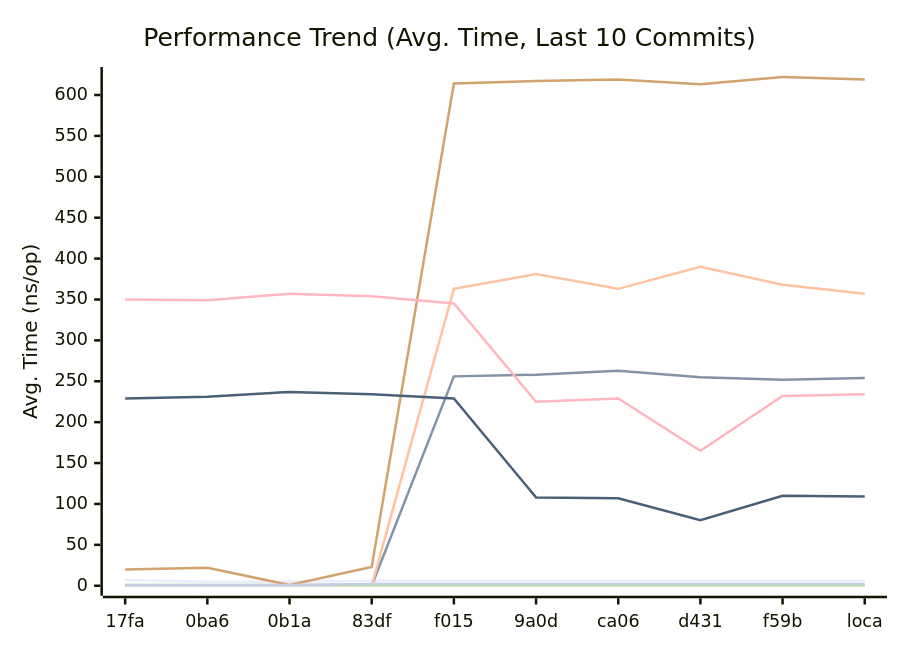
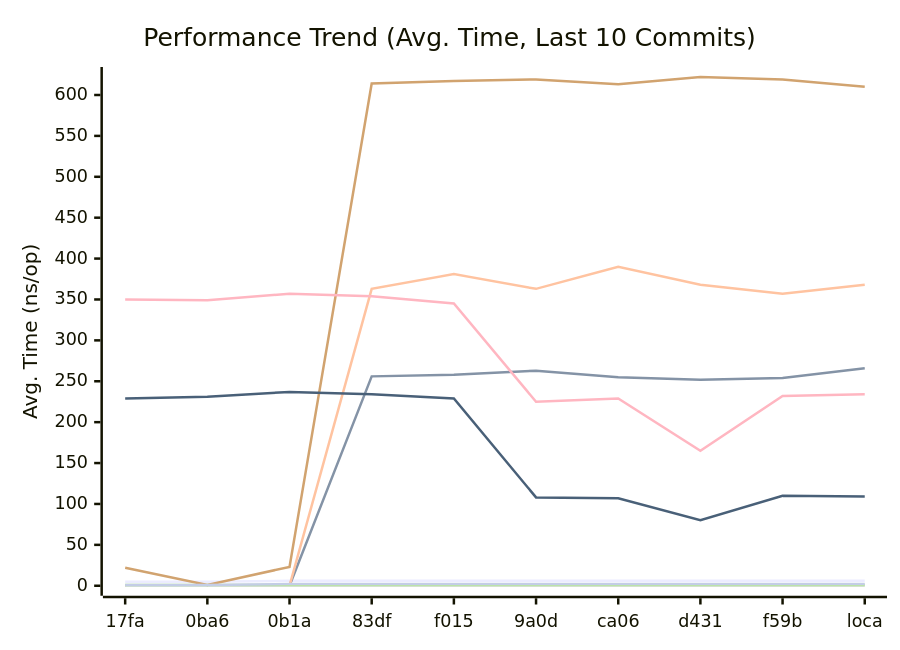
One commit to alsotoes/momo changed the first of 3 diagrams in docs/PERFORMANCE.md. Above: the diagram before and after it, drawn with Mermaid. The commit also changed other lines of this file and 2 other files, not shown here.

````diff
--- a/docs/PERFORMANCE.md
+++ b/docs/PERFORMANCE.md
@@ -80,16 +80,16 @@
 ```mermaid
 xychart-beta
     title "Performance Trend (Avg. Time, Last 10 Commits)"
     x-axis "Commit"
     y-axis "Avg. Time (ns/op)"
     x-axis [17fa,0ba6,0b1a,83df,f015,9a0d,ca06,d431,f59b,loca]
-    line "CheckMetricsAndSwap" [7,5,5,6,6,6,6,6,6,6]
-    line "CrushOptimized" [0,0,0,0,256,258,263,255,252,254]
-    line "CrushOriginal" [0,0,0,0,363,381,363,390,368,357]
+    line "CheckMetricsAndSwap" [5,5,6,6,6,6,6,6,6,6]
+    line "CrushOptimized" [0,0,0,256,258,263,255,252,254,266]
+    line "CrushOriginal" [0,0,0,363,381,363,390,368,357,368]
     line "IndexDirectTracking" [0,0,0,0,0,0,0,0,0,0]
     line "IndexSearch" [1,1,1,1,1,1,1,1,1,1]
-    line "LoadGlobalConfig" [20,22,1,23,614,617,619,613,622,619]
-    line "PadString" [1,1,1,2,2,2,2,2,2,2]
+    line "LoadGlobalConfig" [22,1,23,614,617,619,613,622,619,610]
+    line "PadString" [1,1,2,2,2,2,2,2,2,2]
     line "ParseReplicationOrder_NoPrealloc" [350,349,357,354,345,225,229,165,232,234]
     line "ParseReplicationOrder_Prealloc" [229,231,237,234,229,108,107,80,110,109]
 ```
````
